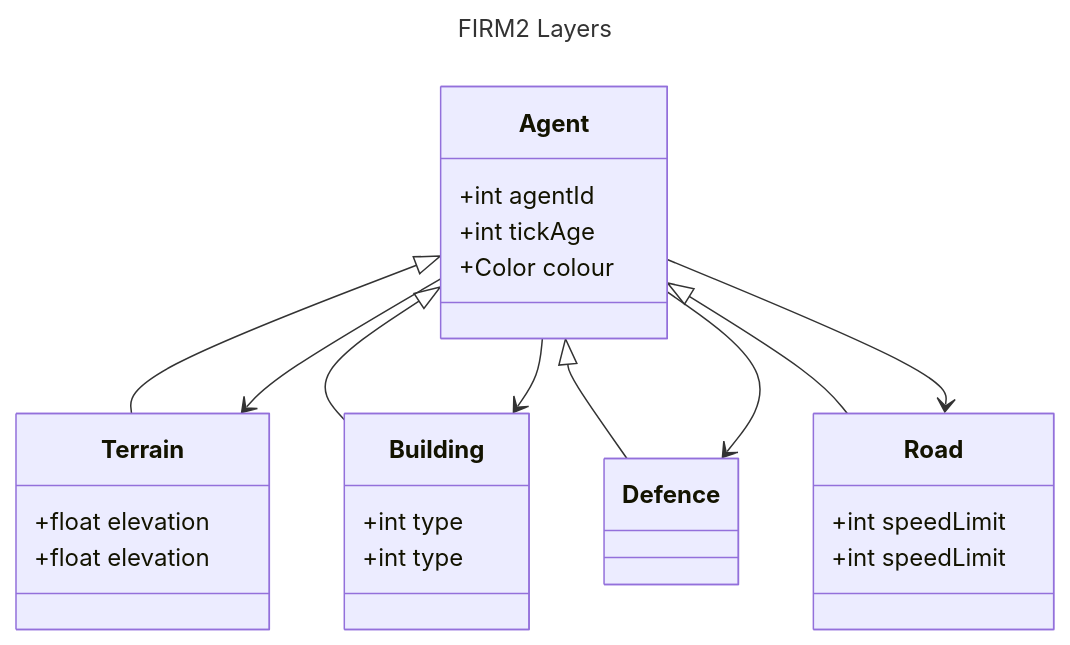
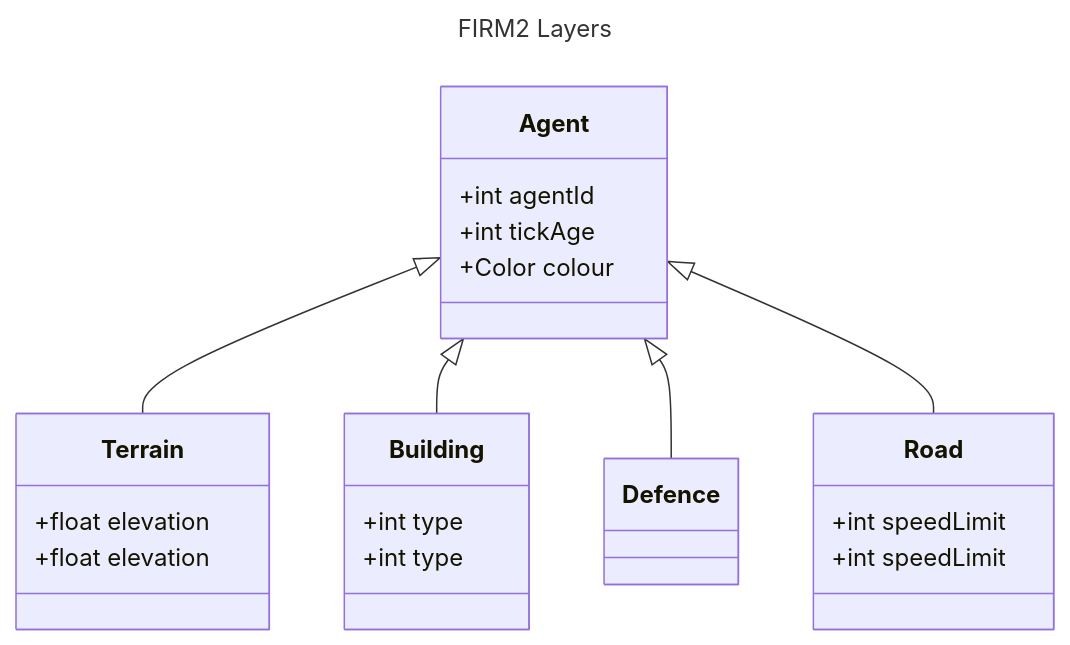
Before and after one commit to nclwater/FIRM2: the diagram in DESIGN.md, drawn with Mermaid.

````diff
--- a/DESIGN.md
+++ b/DESIGN.md
@@ -5,44 +5,41 @@
 ```mermaid
 ---
 title: FIRM2 Layers
 ---
 
 classDiagram
     class Agent{
         +int agentId
         +int tickAge
         +Color colour
     }
     class Terrain {
         +float elevation
     }
     class Building {
         +int type
     }
     class Defence
     class Road {
         +int speedLimit
     }
    
     Agent <|--Terrain
     Agent <|--Building
     Agent <|--Defence
     Agent <|--Road
     
     
     class Terrain
     Terrain : +float elevation
     
     class Building
     Building : +int type
     
     class Defence
     
     class Road
     Road : +int speedLimit
     
-    Agent --> Terrain
-    Agent --> Building
-    Agent --> Defence
-    Agent --> Road 
+
 ```
````
